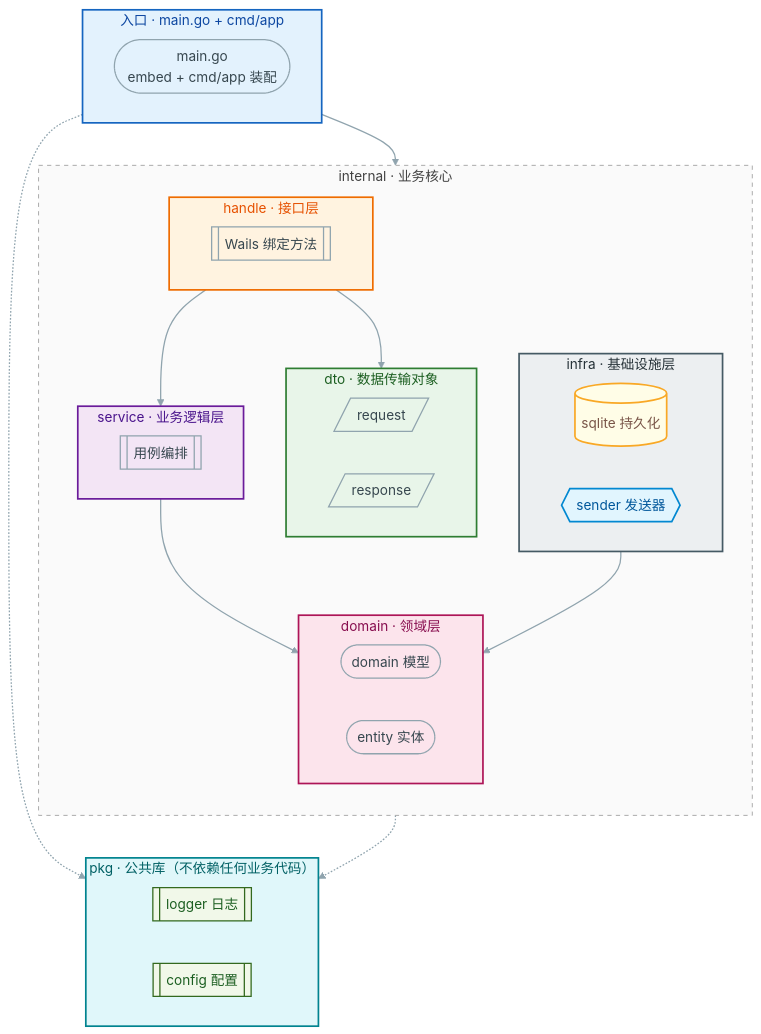
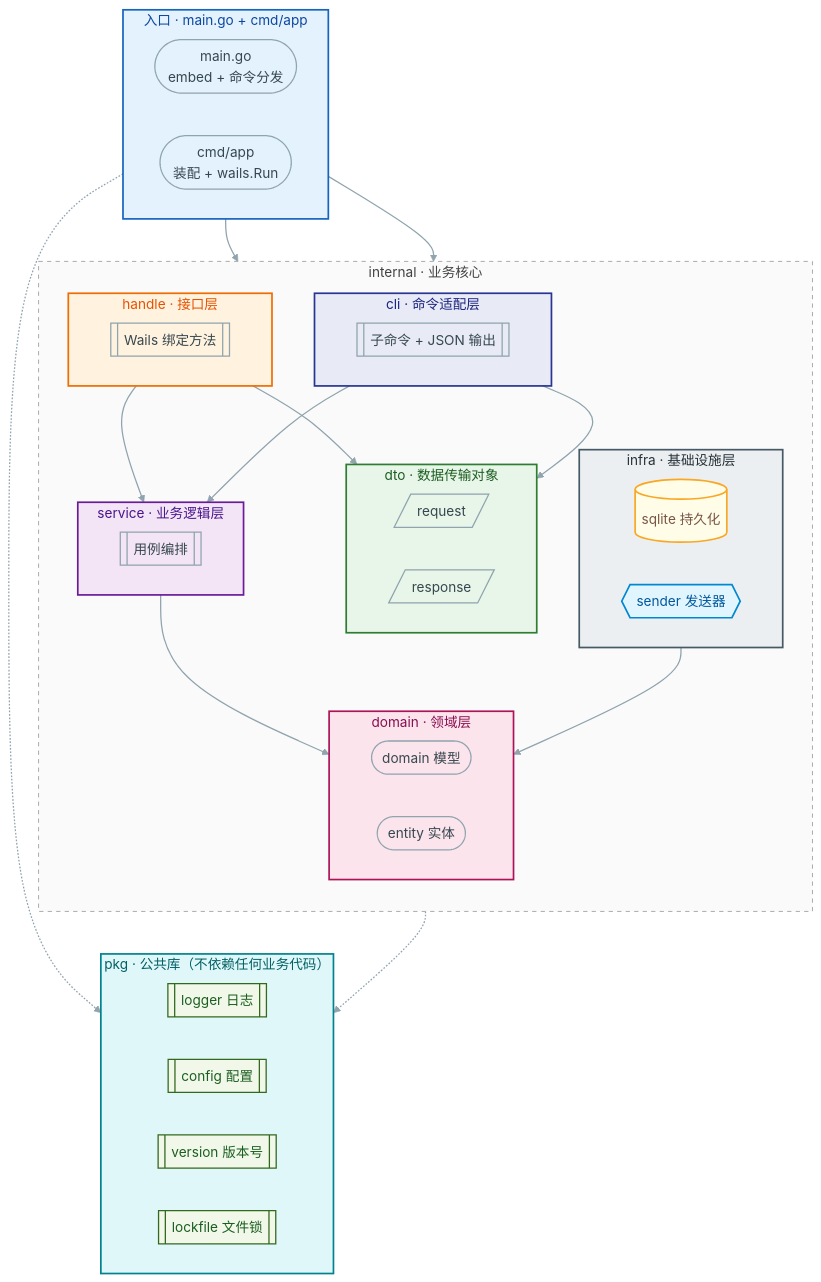
Before and after one commit to jiajia-jun/catcher: the first of 2 diagrams in docs/架构.md, drawn with Mermaid. The commit also changed other lines of this file, not shown here.

````diff
--- a/docs/架构.md
+++ b/docs/架构.md
@@ -5,7 +5,8 @@
 ```mermaid
 flowchart TB
     subgraph cmd["入口 · main.go + cmd/app"]
-        M(["main.go<br/>embed + cmd/app 装配"])
+        M(["main.go<br/>embed + 命令分发"])
+        A(["cmd/app<br/>装配 + wails.Run"])
     end
 
     subgraph internal["internal · 业务核心"]
@@ -18,6 +19,10 @@
 
         subgraph handle["handle · 接口层"]
             H[["Wails 绑定方法"]]
+        end
+
+        subgraph cli["cli · 命令适配层"]
+            C[["子命令 + JSON 输出"]]
         end
 
         subgraph service["service · 业务逻辑层"]
@@ -39,12 +44,17 @@
         direction LR
         LG[["logger 日志"]]
         CF[["config 配置"]]
+        VR[["version 版本号"]]
+        LK[["lockfile 文件锁"]]
     end
 
     %% 仅用外框（子图）相互连接
     cmd --> handle
+    cmd --> cli
     handle --> dto
+    cli --> dto
     handle --> service
+    cli --> service
     service --> domain
     infra --> domain
 
@@ -57,6 +67,7 @@
     style internal fill:#FAFAFA,stroke:#9E9E9E,stroke-width:1px,stroke-dasharray:5 5,color:#424242
     style dto fill:#E8F5E9,stroke:#2E7D32,stroke-width:2px,color:#1B5E20
     style handle fill:#FFF3E0,stroke:#EF6C00,stroke-width:2px,color:#E65100
+    style cli fill:#E8EAF6,stroke:#283593,stroke-width:2px,color:#1A237E
     style service fill:#F3E5F5,stroke:#6A1B9A,stroke-width:2px,color:#4A148C
     style domain fill:#FCE4EC,stroke:#AD1457,stroke-width:2px,color:#880E4F
     style infra fill:#ECEFF1,stroke:#455A64,stroke-width:2px,color:#263238
@@ -68,10 +79,10 @@
     classDef send fill:#E1F5FE,stroke:#0288D1,stroke-width:2px,color:#01579B;
     classDef kit fill:#F1F8E9,stroke:#33691E,stroke-width:1.5px,color:#1B5E20;
 
-    class M,H,S,D,E,RQ,RP plain;
+    class M,A,C,H,S,D,E,RQ,RP plain;
     class SQ store;
     class SD send;
-    class LG,CF kit;
+    class LG,CF,VR,LK kit;
 
     %% 连线样式
     linkStyle default stroke:#90A4AE,stroke-width:1.5px
````
